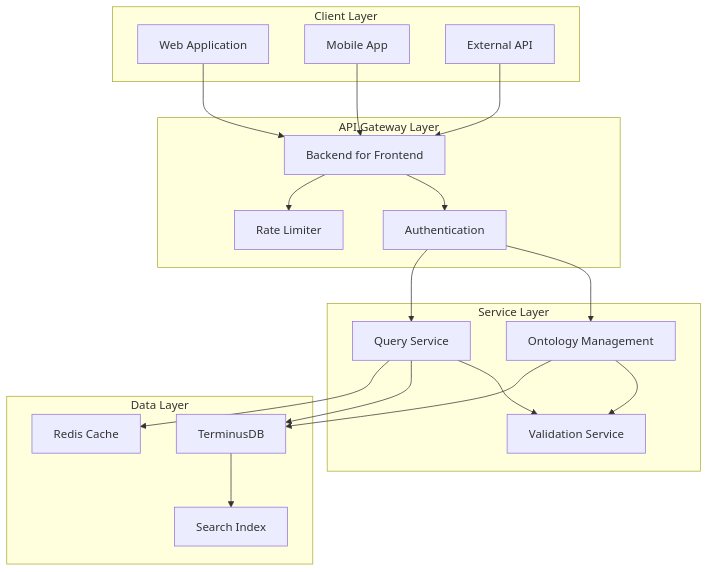
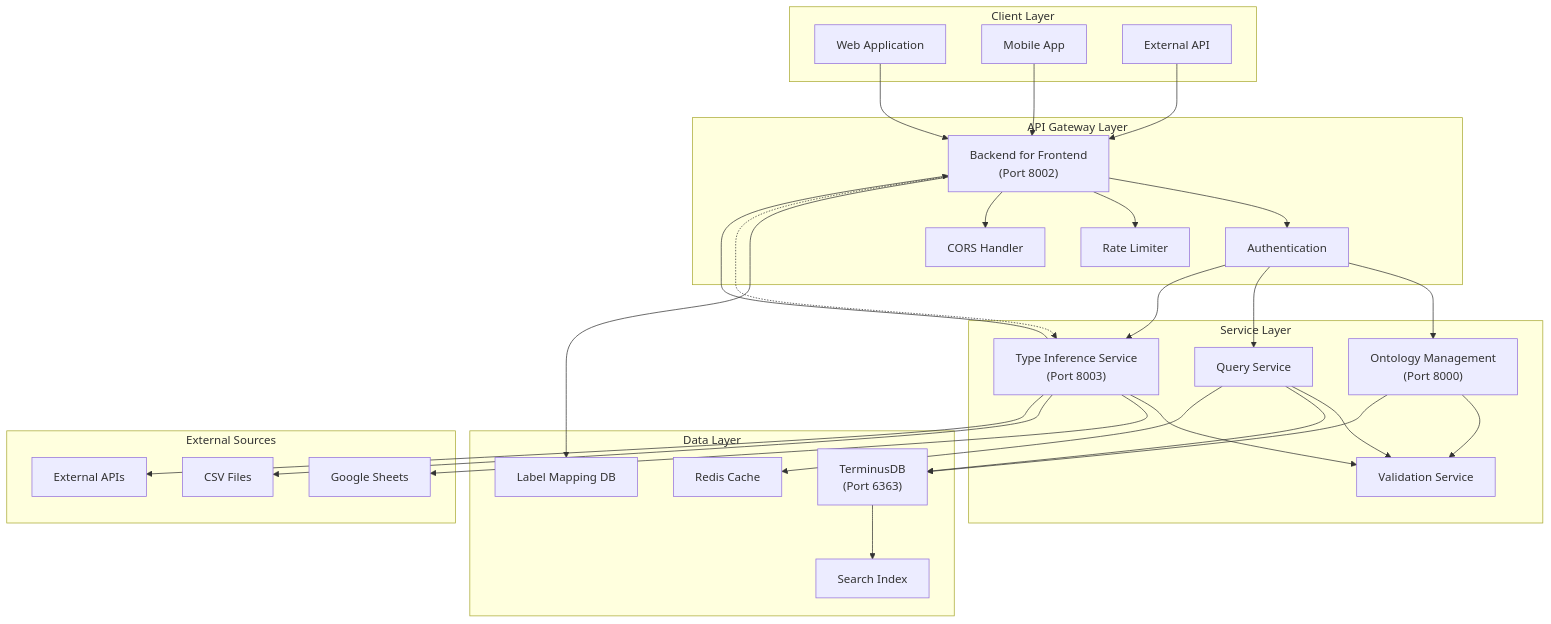
Before and after one commit to ludia8888/SPICE-Harvester: the diagram in docs/architecture/data_flow.mmd, drawn with Mermaid. The commit also changed 331 other files, not shown here.

```diff
--- a/docs/architecture/data_flow.mmd
+++ b/docs/architecture/data_flow.mmd
@@ -1,46 +1,68 @@
 graph TB
     %% Data Flow Architecture
+    %% Last Updated: 2025-07-20
     
     subgraph "Client Layer"
         Web[Web Application]
         Mobile[Mobile App]
         API[External API]
     end
     
     subgraph "API Gateway Layer"
-        BFF[Backend for Frontend]
+        BFF["Backend for Frontend<br/>(Port 8002)"]
         Auth[Authentication]
         RateLimit[Rate Limiter]
+        CORS[CORS Handler]
     end
     
     subgraph "Service Layer"
-        OMS[Ontology Management]
+        OMS["Ontology Management<br/>(Port 8000)"]
         Query[Query Service]
         Validator[Validation Service]
+        Funnel["Type Inference Service<br/>(Port 8003)"]
     end
     
     subgraph "Data Layer"
-        Terminus[TerminusDB]
+        Terminus["TerminusDB<br/>(Port 6363)"]
         Cache[Redis Cache]
         Search[Search Index]
+        LabelDB[Label Mapping DB]
+    end
+    
+    subgraph "External Sources"
+        GoogleSheets[Google Sheets]
+        CSV[CSV Files]
+        ExtAPI[External APIs]
     end
     
     %% Connections
     Web --> BFF
     Mobile --> BFF
     API --> BFF
     
     BFF --> Auth
     BFF --> RateLimit
+    BFF --> CORS
     
     Auth --> OMS
     Auth --> Query
+    Auth --> Funnel
     
     OMS --> Validator
     Query --> Validator
+    Funnel --> Validator
     
     OMS --> Terminus
     Query --> Terminus
     Query --> Cache
+    BFF --> LabelDB
+    
+    Funnel --> GoogleSheets
+    Funnel --> CSV
+    Funnel --> ExtAPI
     
     Terminus --> Search
+    
+    %% Type Inference Flow
+    BFF -.-> Funnel
+    Funnel --> BFF
```
